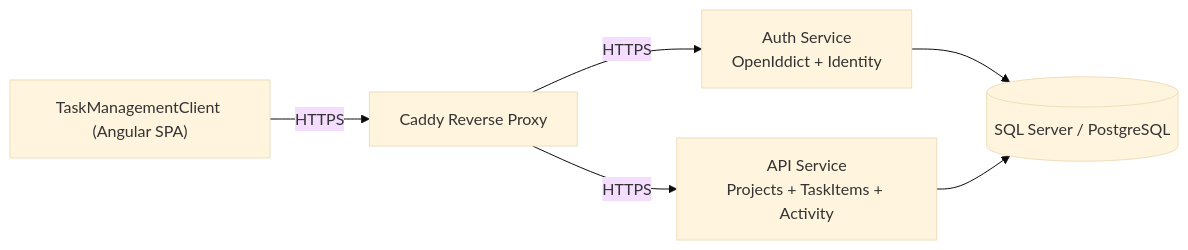
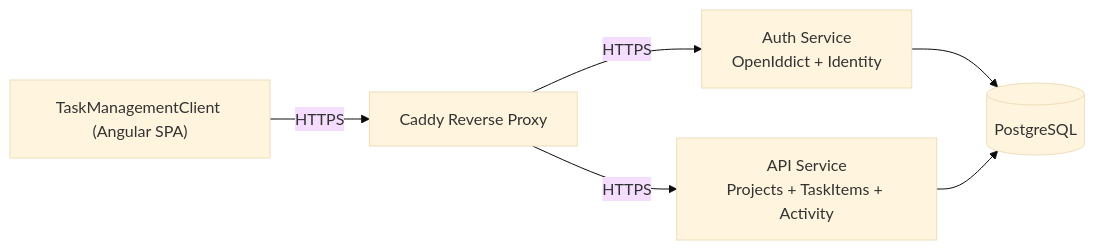
One commit to Diogo-Ferraz/TaskManagementServer changed the diagram in README.md. Above: the diagram before and after it, drawn with Mermaid (base theme). The commit also changed other lines of this file and 39 other files, not shown here.

Commit message:
chore(db): cut over backend to PostgreSQL-only and remove SQL Server artifacts

````diff
--- a/README.md
+++ b/README.md
@@ -15,8 +15,8 @@
 ```mermaid
 flowchart LR
     SPA["TaskManagementClient (Angular SPA)"] -->|"HTTPS"| Caddy["Caddy Reverse Proxy"]
     Caddy -->|"HTTPS"| Auth["Auth Service<br/>OpenIddict + Identity"]
     Caddy -->|"HTTPS"| Api["API Service<br/>Projects + TaskItems + Activity"]
-    Auth --> Db[("SQL Server / PostgreSQL")]
+    Auth --> Db[("PostgreSQL")]
     Api --> Db
 ```
````
